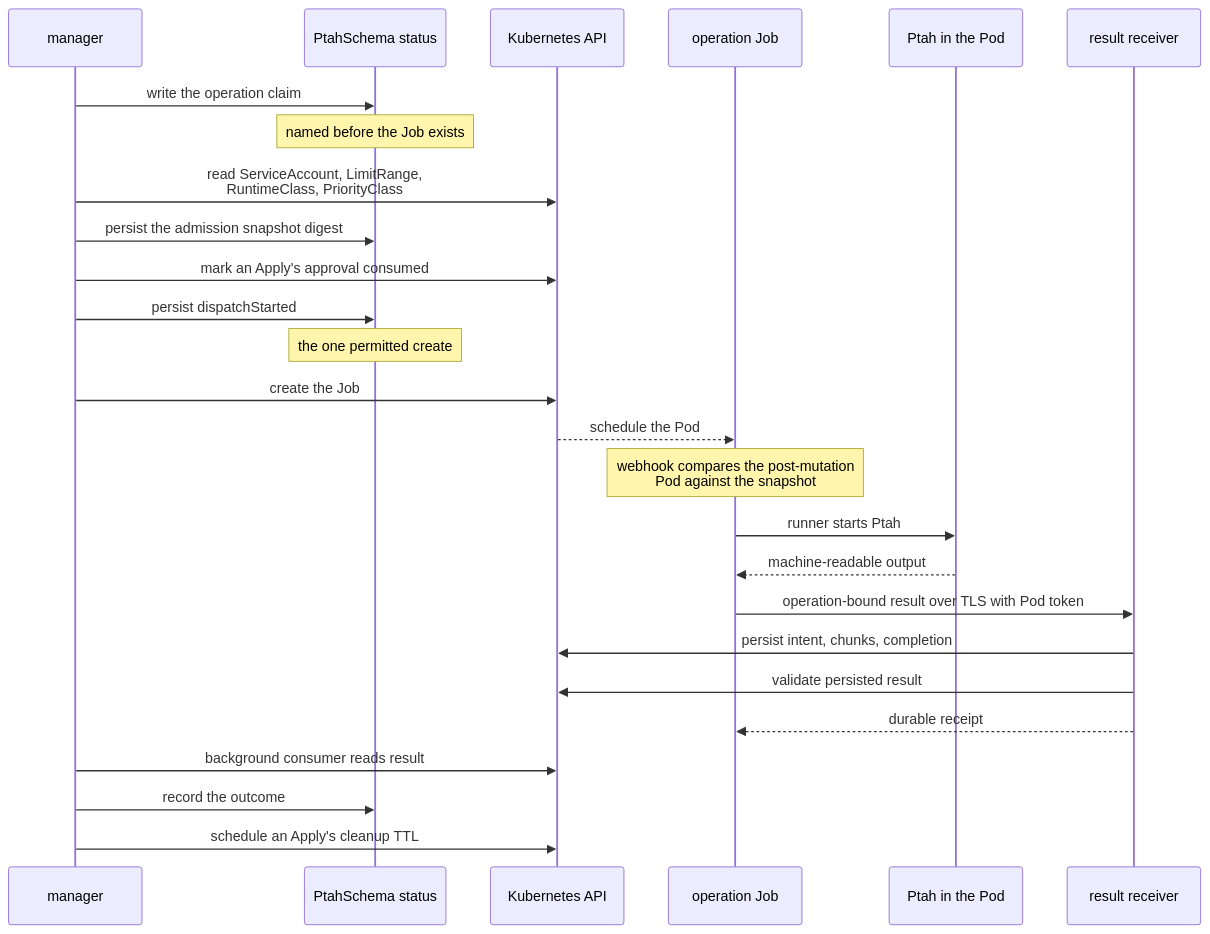
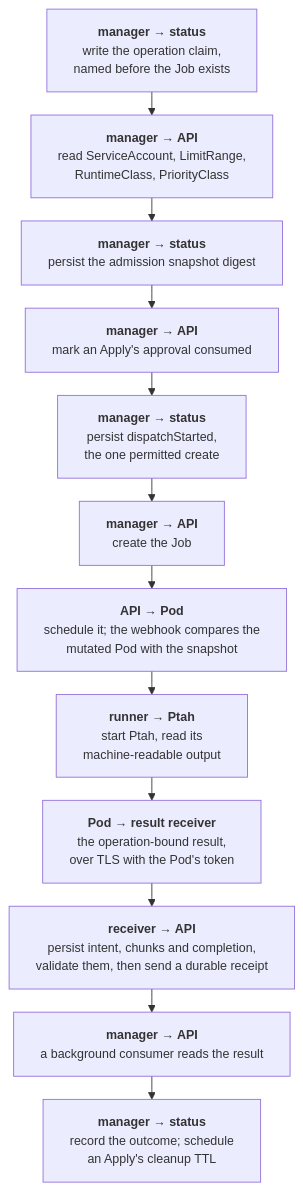
Before and after one commit to stokaro/ptah-operator: the diagram in docs/site/src/content/docs/reference/execution.md, drawn with Mermaid. The commit also changed 5 other files, not shown here.

First line of the commit message:
Draw the remaining diagrams at a size a phone can read (#1203)

````diff
--- a/docs/site/src/content/docs/reference/execution.md
+++ b/docs/site/src/content/docs/reference/execution.md
@@ -14,29 +14,28 @@
 ```mermaid
-sequenceDiagram
-  participant C as manager
-  participant S as PtahSchema status
-  participant K as Kubernetes API
-  participant J as operation Job
-  participant P as Ptah in the Pod
-  participant R as result receiver
-
-  C->>S: write the operation claim
-  Note over S: named before the Job exists
-  C->>K: read ServiceAccount, LimitRange,<br/>RuntimeClass, PriorityClass
-  C->>S: persist the admission snapshot digest
-  C->>K: mark an Apply's approval consumed
-  C->>S: persist dispatchStarted
-  Note over S: the one permitted create
-  C->>K: create the Job
-  K-->>J: schedule the Pod
-  Note over J: webhook compares the post-mutation<br/>Pod against the snapshot
-  J->>P: runner starts Ptah
-  P-->>J: machine-readable output
-  J->>R: operation-bound result over TLS with Pod token
-  R->>K: persist intent, chunks, completion
-  R->>K: validate persisted result
-  R-->>J: durable receipt
-  C->>K: background consumer reads result
-  C->>S: record the outcome
-  C->>K: schedule an Apply's cleanup TTL
+---
+config:
+  look: classic
+  themeVariables:
+    fontSize: 14px
+  flowchart:
+    wrappingWidth: 340
+    nodeSpacing: 16
+    rankSpacing: 26
+---
+flowchart TD
+  accTitle: One operation, end to end
+  accDescr: Each box names who acts and what they do, in order, from the manager writing the claim to the manager recording the outcome.
+  claim["<b>manager → status</b><br/>write the operation claim,<br/>named before the Job exists"]
+  read["<b>manager → API</b><br/>read ServiceAccount, LimitRange,<br/>RuntimeClass, PriorityClass"]
+  snapshot["<b>manager → status</b><br/>persist the admission snapshot digest"]
+  consume["<b>manager → API</b><br/>mark an Apply's approval consumed"]
+  dispatch["<b>manager → status</b><br/>persist dispatchStarted,<br/>the one permitted create"]
+  create["<b>manager → API</b><br/>create the Job"]
+  admit["<b>API → Pod</b><br/>schedule it; the webhook compares the<br/>mutated Pod with the snapshot"]
+  run["<b>runner → Ptah</b><br/>start Ptah, read its<br/>machine-readable output"]
+  deliver["<b>Pod → result receiver</b><br/>the operation-bound result,<br/>over TLS with the Pod's token"]
+  persist["<b>receiver → API</b><br/>persist intent, chunks and completion,<br/>validate them, then send a durable receipt"]
+  consumer["<b>manager → API</b><br/>a background consumer reads the result"]
+  record["<b>manager → status</b><br/>record the outcome; schedule<br/>an Apply's cleanup TTL"]
+  claim --> read --> snapshot --> consume --> dispatch --> create --> admit --> run --> deliver --> persist --> consumer --> record
 ```
````
